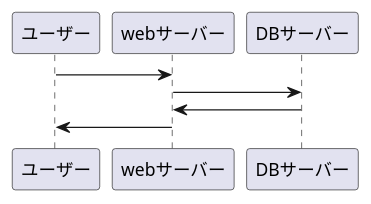
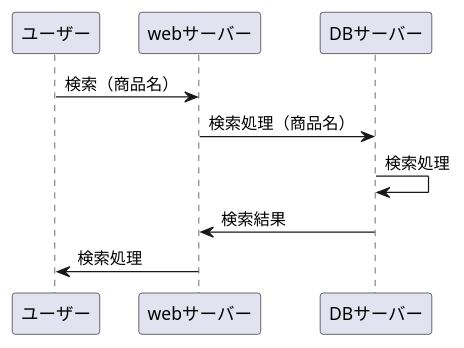
Before and after one commit to Aso2001001/2021sys-design: the diagram in flow.md, drawn with PlantUML.

````diff
--- a/flow.md
+++ b/flow.md
@@ -1,8 +1,9 @@
 ```uml
 @startuml
-ユーザー -> webサーバー :
-webサーバー -> DBサーバー :
-DBサーバー -> webサーバー :
-webサーバー -> ユーザー :
+ユーザー -> webサーバー : 検索（商品名）
+webサーバー -> DBサーバー : 検索処理（商品名）
+DBサーバー -> DBサーバー : 検索処理
+DBサーバー -> webサーバー : 検索結果
+webサーバー -> ユーザー :検索処理
 @enduml
 ```
````
